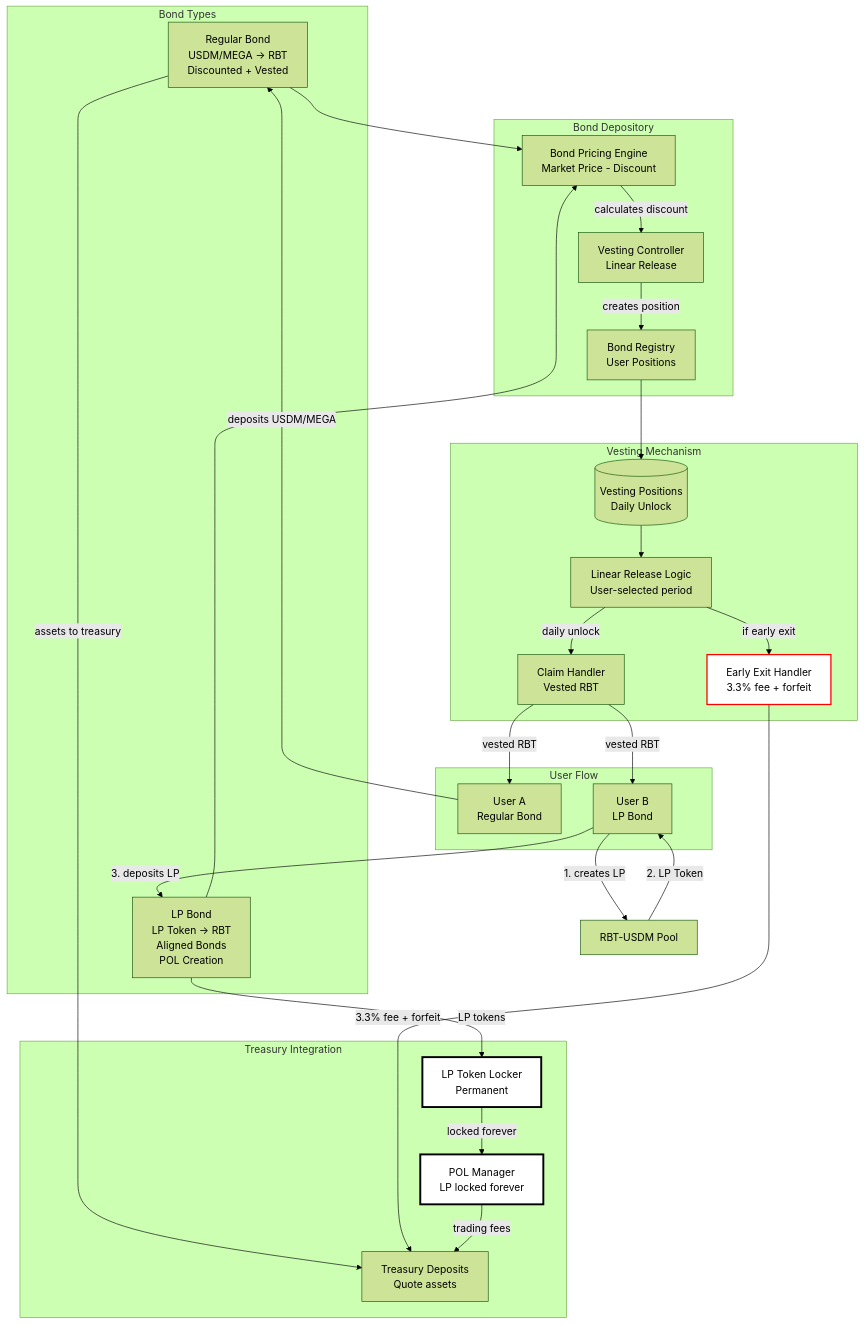
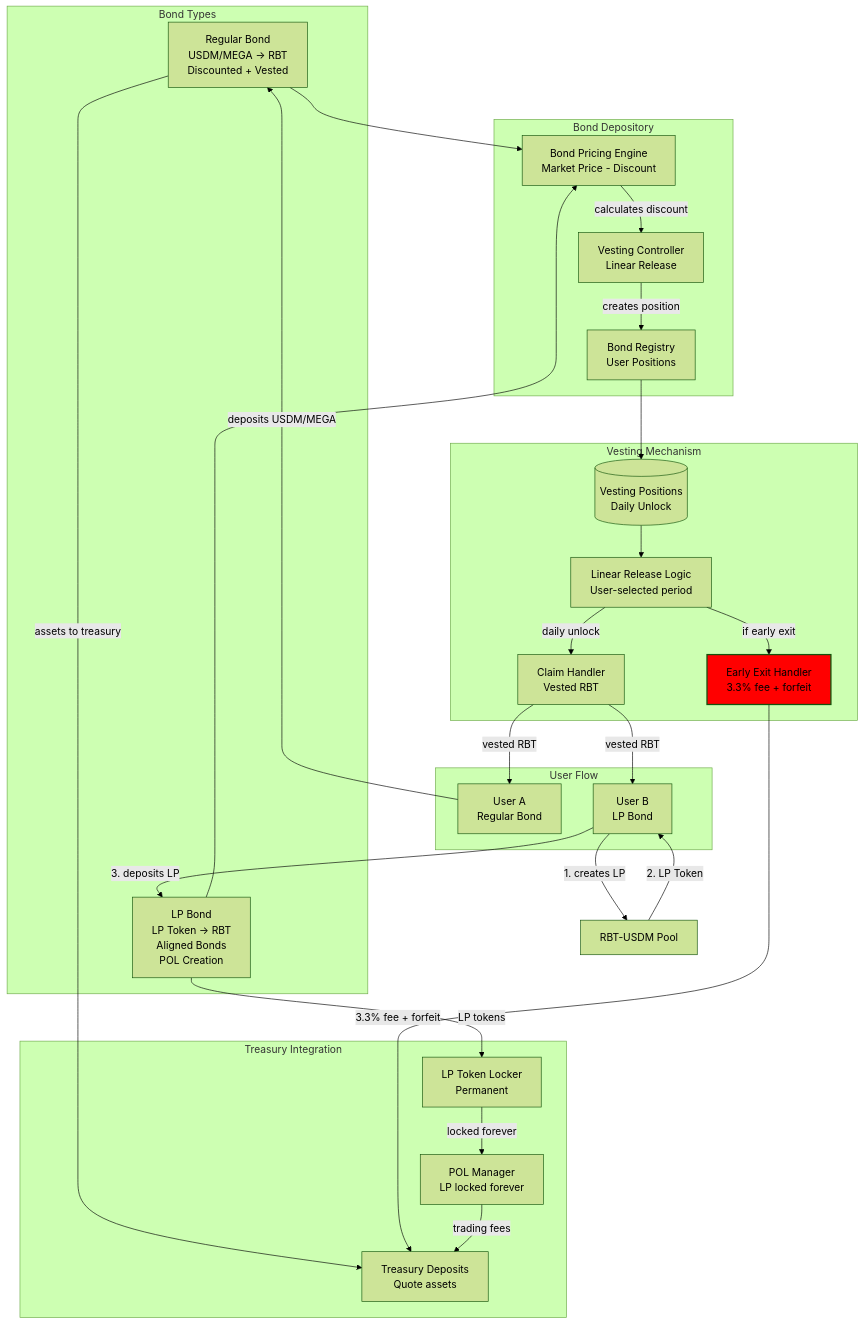
Before and after one commit to 0xJaehaerys/ohmega: the sixth of 7 diagrams in blackhaven-architecture-diagrams.md, drawn with Mermaid (forest theme). The commit also changed other lines of this file and 6 other files, not shown here.

First line of the commit message:
Remove white color from all diagrams

````diff
--- a/blackhaven-architecture-diagrams.md
+++ b/blackhaven-architecture-diagrams.md
@@ -326,61 +319,59 @@
 ```mermaid
 graph TB
     subgraph "Bond Types"
         REGULAR_BOND[Regular Bond<br/>USDM/MEGA -> RBT<br/>Discounted + Vested]
         LP_BOND[LP Bond<br/>LP Token -> RBT<br/>Aligned Bonds<br/>POL Creation]
     end
     
     subgraph "Bond Depository"
         PRICING_ENGINE[Bond Pricing Engine<br/>Market Price - Discount]
         VESTING_CONTROLLER[Vesting Controller<br/>Linear Release]
         BOND_REGISTRY[Bond Registry<br/>User Positions]
     end
     
     subgraph "Vesting Mechanism"
         VESTING_POSITIONS[(Vesting Positions<br/>Daily Unlock)]
         LINEAR_RELEASE[Linear Release Logic<br/>User-selected period]
         CLAIM_HANDLER[Claim Handler<br/>Vested RBT]
         EARLY_EXIT[Early Exit Handler<br/>3.3% fee + forfeit]
     end
     
     subgraph "Treasury Integration"
         TREASURY_DEPOSITS[Treasury Deposits<br/>Quote assets]
         POL_MANAGER[POL Manager<br/>LP locked forever]
         LP_LOCKER[LP Token Locker<br/>Permanent]
     end
     
     subgraph "User Flow"
         USER_REGULAR[User A<br/>Regular Bond]
         USER_LP[User B<br/>LP Bond]
     end
     
     USER_REGULAR -->|deposits USDM/MEGA| REGULAR_BOND
     REGULAR_BOND --> PRICING_ENGINE
     
     USER_LP -->|1. creates LP| LP_CREATION[RBT-USDM Pool]
     LP_CREATION -->|2. LP Token| USER_LP
     USER_LP -->|3. deposits LP| LP_BOND
     LP_BOND --> PRICING_ENGINE
     
     PRICING_ENGINE -->|calculates discount| VESTING_CONTROLLER
     VESTING_CONTROLLER -->|creates position| BOND_REGISTRY
     BOND_REGISTRY --> VESTING_POSITIONS
     
     REGULAR_BOND -->|assets to treasury| TREASURY_DEPOSITS
     LP_BOND -->|LP tokens| LP_LOCKER
     LP_LOCKER -->|locked forever| POL_MANAGER
     
     VESTING_POSITIONS --> LINEAR_RELEASE
     LINEAR_RELEASE -->|daily unlock| CLAIM_HANDLER
     LINEAR_RELEASE -->|if early exit| EARLY_EXIT
     
     CLAIM_HANDLER -->|vested RBT| USER_REGULAR
     CLAIM_HANDLER -->|vested RBT| USER_LP
     
     EARLY_EXIT -->|3.3% fee + forfeit| TREASURY_DEPOSITS
     POL_MANAGER -->|trading fees| TREASURY_DEPOSITS
     
-    style POL_MANAGER fill:#fff,stroke:#000,stroke-width:3px
-    style LP_LOCKER fill:#fff,stroke:#000,stroke-width:3px
-    style EARLY_EXIT fill:#fff,stroke:#f00,stroke-width:2px
+    style EARLY_EXIT fill:#f00,stroke-width:2px
 ```
````
